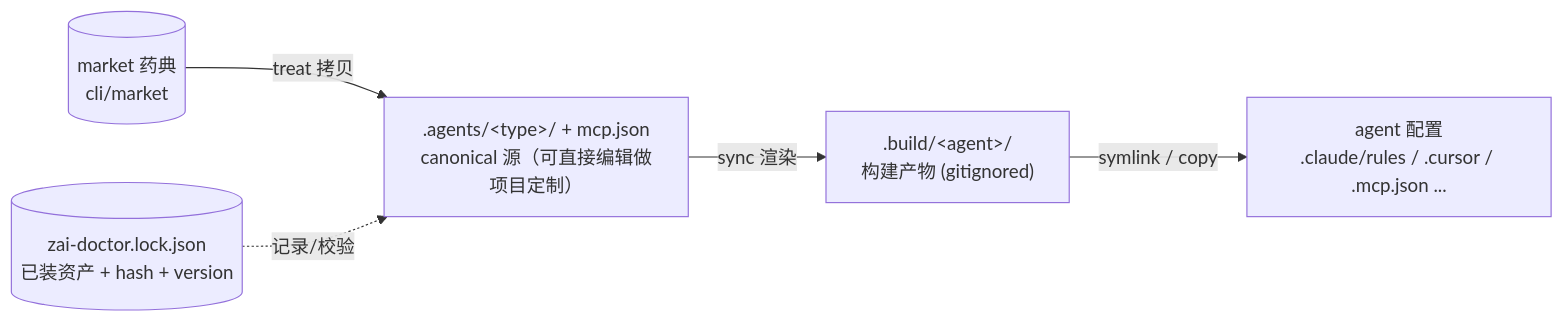
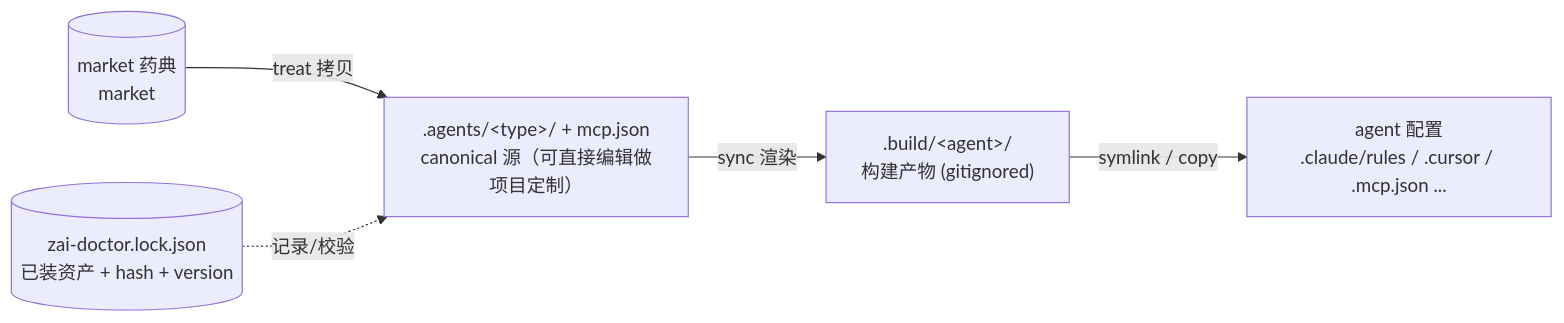
Before and after one commit to ziangtin/zt-ai-doctor: the second of 6 diagrams in catalog/guide/architecture.md, drawn with Mermaid. The commit also changed other lines of this file and 22 other files, not shown here.

First line of the commit message:
refactor: market 拆为独立 workspace 包，agents.json 移回 cli

````diff
--- a/catalog/guide/architecture.md
+++ b/catalog/guide/architecture.md
@@ -45,13 +45,13 @@
 ```mermaid
 flowchart LR
-    M[("market 药典<br/>cli/market")]
+    M[("market 药典<br/>market")]
     A[".agents/&lt;type&gt;/ + mcp.json<br/>canonical 源（可直接编辑做项目定制）"]
     B[".build/&lt;agent&gt;/<br/>构建产物 (gitignored)"]
     T["agent 配置<br/>.claude/rules / .cursor / .mcp.json ..."]
     L[("zai-doctor.lock.json<br/>已装资产 + hash + version")]
 
     M -- "treat 拷贝" --> A
     A -- "sync 渲染" --> B
     B -- "symlink / copy" --> T
     L -. "记录/校验" .-> A
 ```
````
